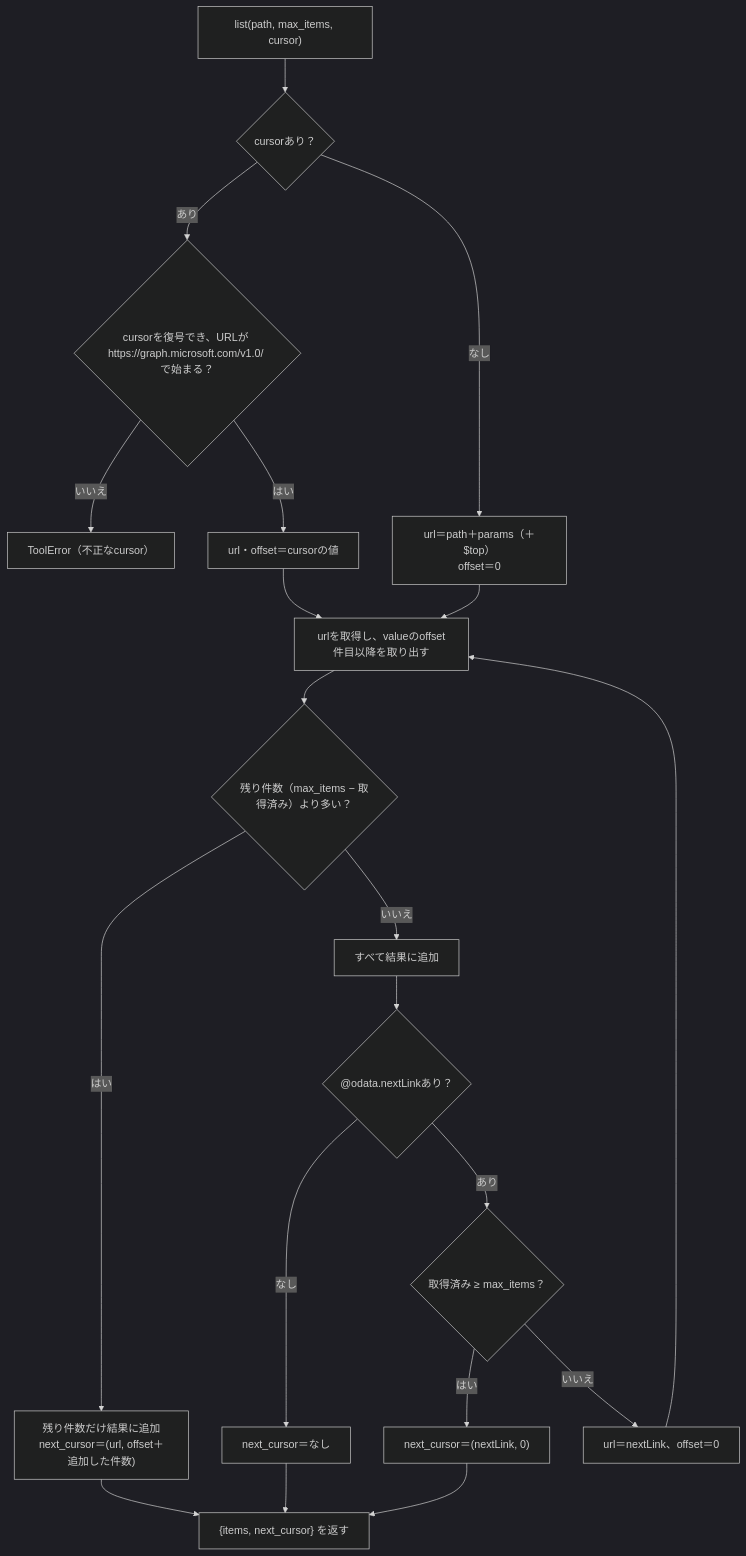
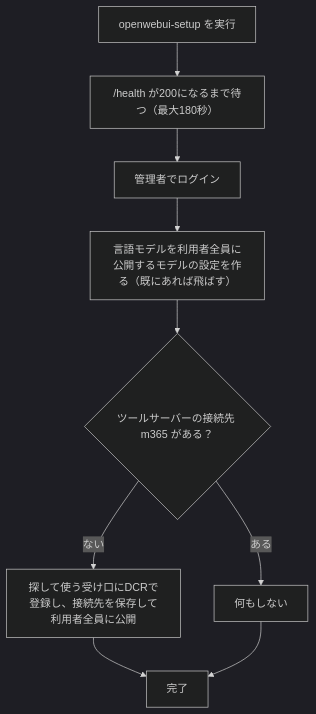
Before and after one commit to notfolder/graph-mcp-gateway: the fifth of 8 diagrams in docs/detail_design.md, drawn with Mermaid (dark theme). The commit also changed other lines of this file and 51 other files, not shown here.

````diff
--- a/docs/detail_design.md
+++ b/docs/detail_design.md
@@ -349,22 +375,11 @@
 ```mermaid
 flowchart TD
-  A["list(path, max_items, cursor)"] --> B{"cursorあり？"}
-  B -->|"あり"| C{"cursorを復号でき、URLが https://graph.microsoft.com/v1.0/ で始まる？"}
-  C -->|"いいえ"| X["ToolError（不正なcursor）"]
-  C -->|"はい"| D["url・offset＝cursorの値"]
-  B -->|"なし"| E["url＝path＋params（＋$top）<br/>offset＝0"]
-  D --> F["urlを取得し、valueのoffset件目以降を取り出す"]
-  E --> F
-  F --> G{"残り件数（max_items − 取得済み）より多い？"}
-  G -->|"はい"| H["残り件数だけ結果に追加<br/>next_cursor＝(url, offset＋追加した件数)"]
-  G -->|"いいえ"| I["すべて結果に追加"]
-  I --> L{"@odata.nextLinkあり？"}
-  L -->|"なし"| J["next_cursor＝なし"]
-  L -->|"あり"| M{"取得済み ≥ max_items？"}
-  M -->|"はい"| N["next_cursor＝(nextLink, 0)"]
-  M -->|"いいえ"| O["url＝nextLink、offset＝0"] --> F
-  H --> K["{items, next_cursor} を返す"]
-  J --> K
-  N --> K
-
+  A["openwebui-setup を実行"] --> B["/health が200になるまで待つ（最大180秒）"]
+  B --> C["管理者でログイン"]
+  C --> D["言語モデルを利用者全員に公開するモデルの設定を作る（既にあれば飛ばす）"]
+  D --> E{"ツールサーバーの接続先 m365 がある？"}
+  E -->|"ある"| G["何もしない"]
+  E -->|"ない"| F["探して使う受け口にDCRで登録し、接続先を保存して利用者全員に公開"]
+  F --> H["完了"]
+  G --> H
 ```
````
